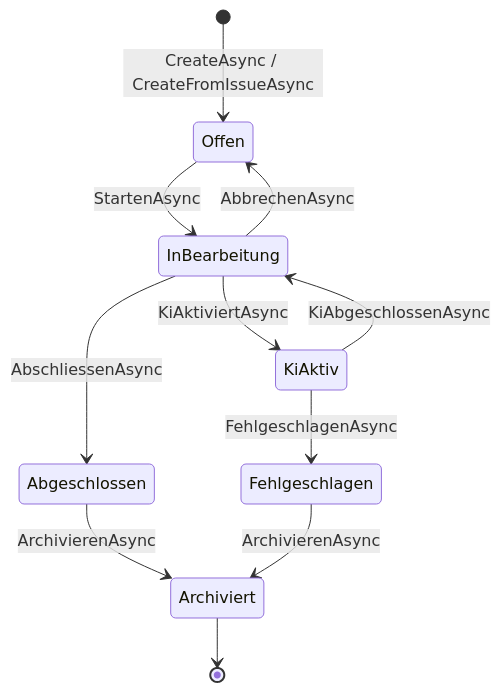
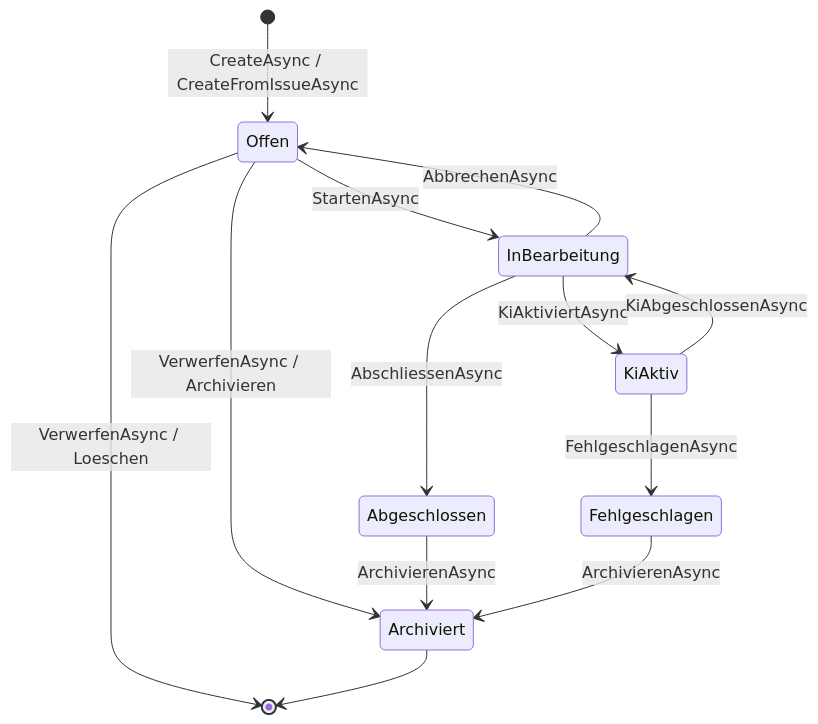
The first of 2 diagrams in docs/flows/aufgabe-service-status-flow.md (martin-stromberg/Softwareschmiede), drawn with Mermaid before and after one commit. The commit also changed other lines of this file and 20 other files, not shown here.

````diff
--- a/docs/flows/aufgabe-service-status-flow.md
+++ b/docs/flows/aufgabe-service-status-flow.md
@@ -18,13 +18,15 @@
 ```mermaid
 stateDiagram-v2
     [*] --> Offen : CreateAsync / CreateFromIssueAsync
     Offen --> InBearbeitung : StartenAsync
+    Offen --> Archiviert : VerwerfenAsync / Archivieren
+    Offen --> [*] : VerwerfenAsync / Loeschen
     InBearbeitung --> KiAktiv : KiAktiviertAsync
     KiAktiv --> InBearbeitung : KiAbgeschlossenAsync
     KiAktiv --> Fehlgeschlagen : FehlgeschlagenAsync
     InBearbeitung --> Abgeschlossen : AbschliessenAsync
     InBearbeitung --> Offen : AbbrechenAsync
     Abgeschlossen --> Archiviert : ArchivierenAsync
     Fehlgeschlagen --> Archiviert : ArchivierenAsync
     Archiviert --> [*]
 ```
````
